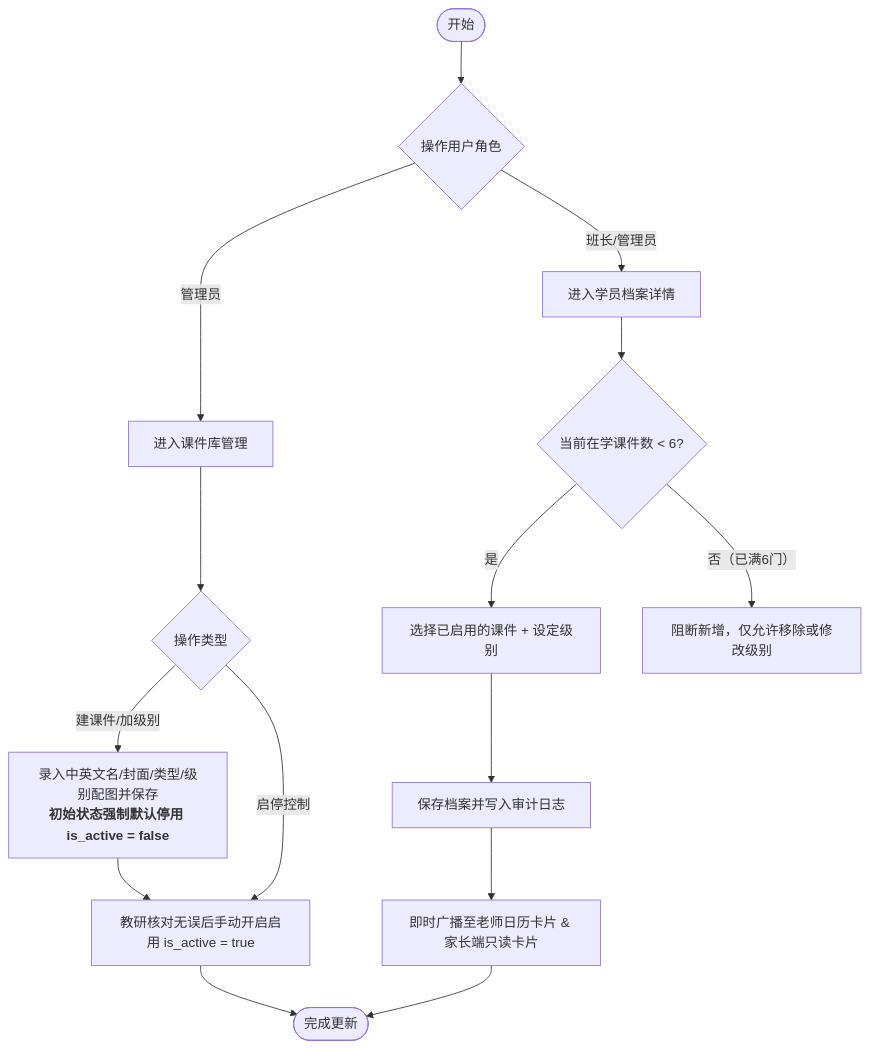
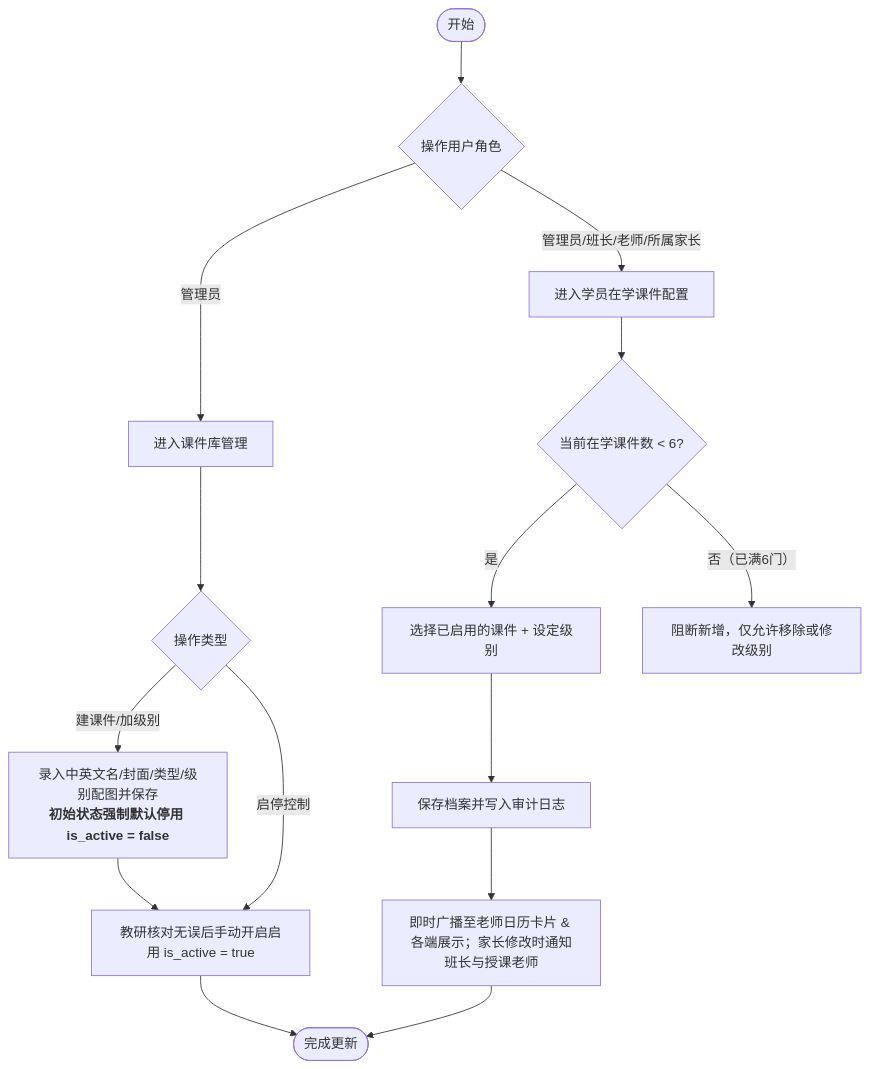
The fourth of 4 diagrams in docs/prd/m1e_courseware.md (Onezao/dream), drawn with Mermaid before and after one commit. The commit also changed other lines of this file and 31 other files, not shown here.

Commit message:
docs(prd,prototype): unify price tier terminology, align M0 reuse rules, and refine M3A/M3D scheduling flows

````diff
--- a/docs/prd/m1e_courseware.md
+++ b/docs/prd/m1e_courseware.md
@@ -247,20 +247,20 @@
 ```mermaid
 flowchart TD
     Start([开始]) --> RoleCheck{操作用户角色}
     
     RoleCheck -->|管理员| ManageMaster[进入课件库管理]
     ManageMaster --> MasterOp{操作类型}
     MasterOp -->|建课件/加级别| SaveMaster[录入中英文名/封面/类型/级别配图并保存<br/><b>初始状态强制默认停用 is_active = false</b>]
     SaveMaster --> ToggleMaster[教研核对无误后手动开启启用 is_active = true]
     MasterOp -->|启停控制| ToggleMaster
     
-    RoleCheck -->|班长/管理员| ConfigStudent[进入学员档案详情]
+    RoleCheck -->|管理员/班长/老师/所属家长| ConfigStudent[进入学员在学课件配置]
     ConfigStudent --> CheckLimit{当前在学课件数 < 6?}
     CheckLimit -->|是| AddOrUpdate[选择已启用的课件 + 设定级别]
     CheckLimit -->|否（已满6门）| BlockAdd[阻断新增，仅允许移除或修改级别]
     AddOrUpdate --> SaveProfile[保存档案并写入审计日志]
     
     ToggleMaster --> EndFlow([完成更新])
-    SaveProfile --> SyncDownstream[即时广播至老师日历卡片 & 家长端只读卡片]
+    SaveProfile --> SyncDownstream[即时广播至老师日历卡片 & 各端展示；家长修改时通知班长与授课老师]
     SyncDownstream --> EndFlow
 ```
````
